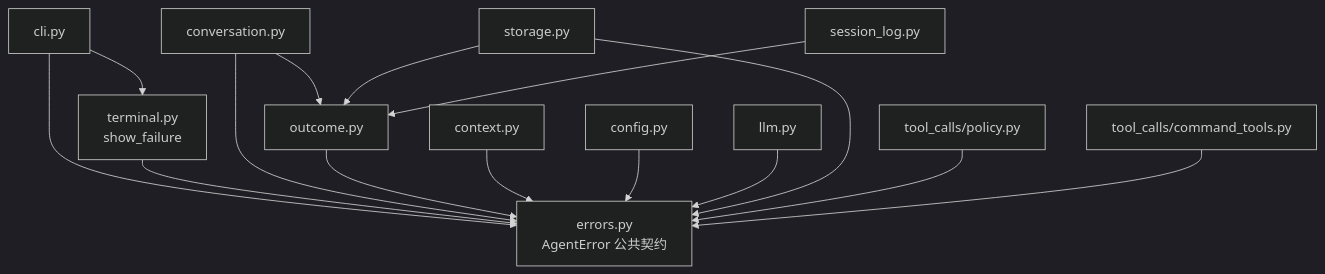
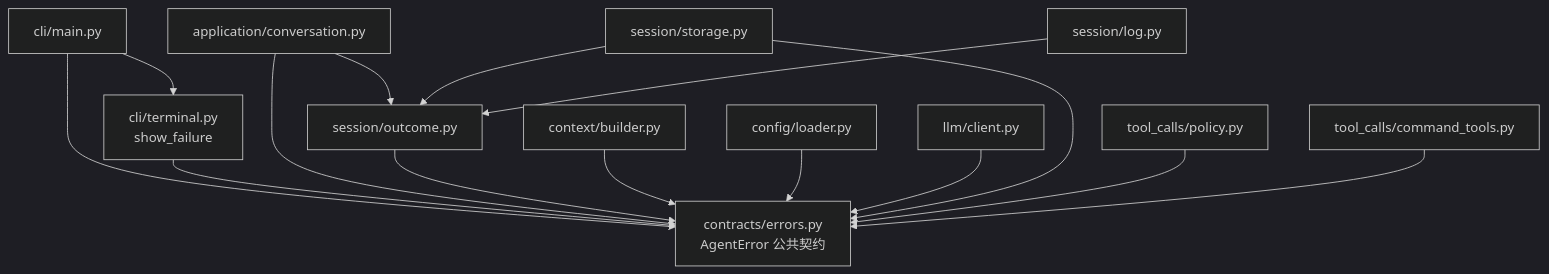
One commit to Plvltra/AdamAgent changed the third of 3 diagrams in docs/architecture.md. Above: the diagram before and after it, drawn with Mermaid (dark theme). The commit also changed other lines of this file and 93 other files, not shown here.

````diff
--- a/docs/architecture.md
+++ b/docs/architecture.md
@@ -189,17 +211,17 @@
 ```mermaid
 flowchart TD
-    CLI["cli.py"] --> ERROR["errors.py<br/>AgentError 公共契约"]
-    CLI --> TERM["terminal.py<br/>show_failure"]
+    CLI["cli/main.py"] --> ERROR["contracts/errors.py<br/>AgentError 公共契约"]
+    CLI --> TERM["cli/terminal.py<br/>show_failure"]
     TERM --> ERROR
-    CONV["conversation.py"] --> ERROR
-    CONV --> OUTCOME["outcome.py"]
+    CONV["application/conversation.py"] --> ERROR
+    CONV --> OUTCOME["session/outcome.py"]
     OUTCOME --> ERROR
-    STORE["storage.py"] --> OUTCOME
-    LOG["session_log.py"] --> OUTCOME
-    CONTEXT["context.py"] --> ERROR
-    CONFIG["config.py"] --> ERROR
-    LLM["llm.py"] --> ERROR
+    STORE["session/storage.py"] --> OUTCOME
+    LOG["session/log.py"] --> OUTCOME
+    CONTEXT["context/builder.py"] --> ERROR
+    CONFIG["config/loader.py"] --> ERROR
+    LLM["llm/client.py"] --> ERROR
     STORE --> ERROR
     POLICY["tool_calls/policy.py"] --> ERROR
     COMMAND["tool_calls/command_tools.py"] --> ERROR
 ```
````
